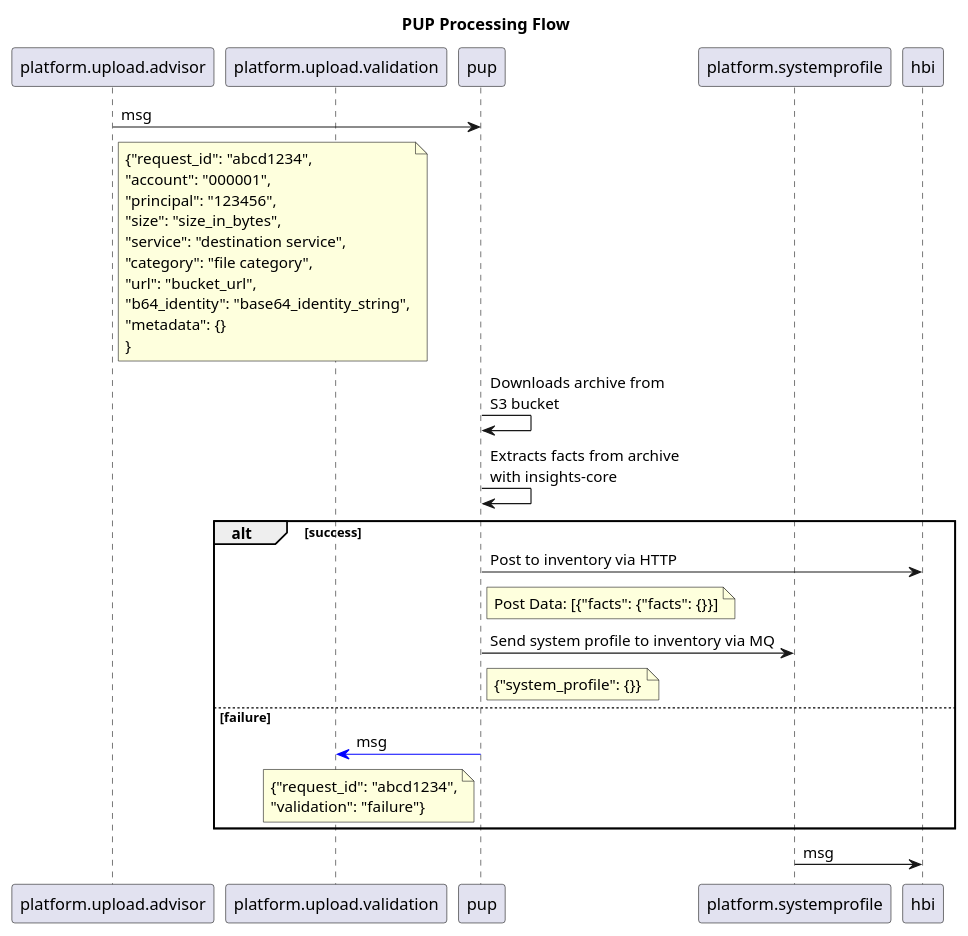
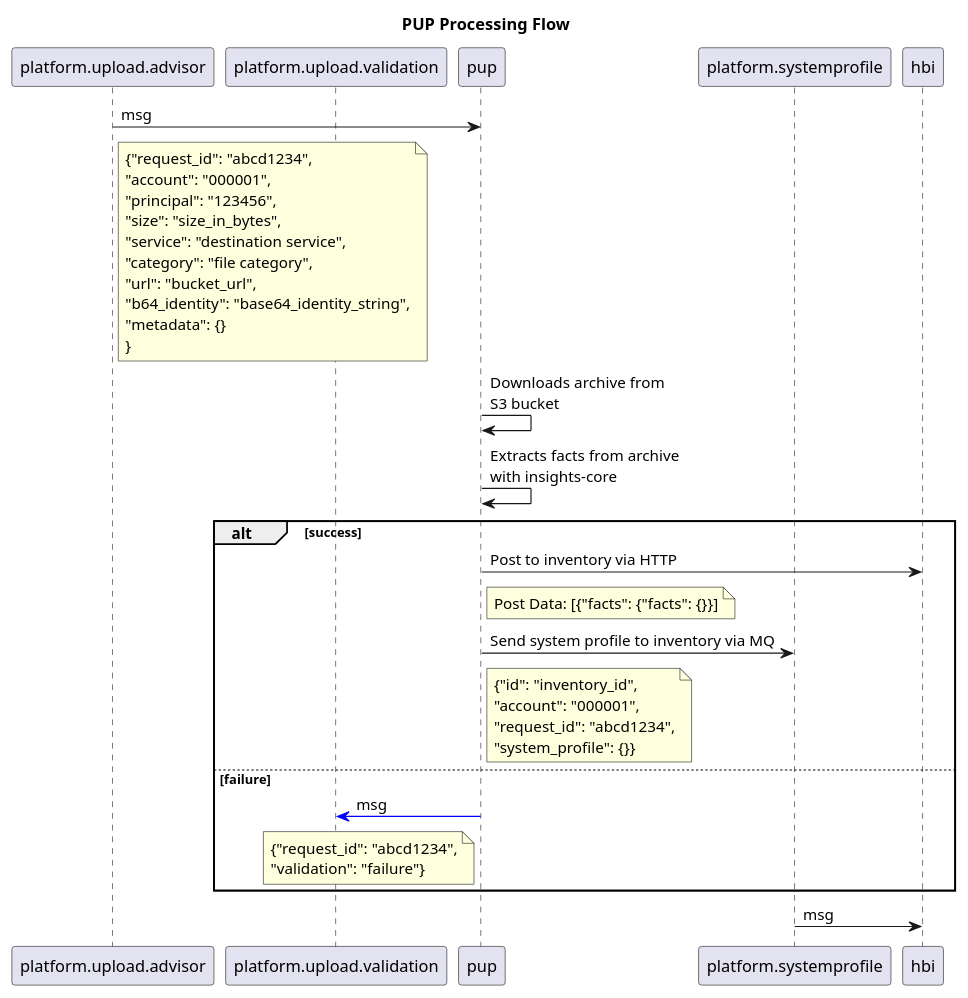
One commit to RedHatInsights/insights-pup changed the diagram in sequence.puml. Above: the diagram before and after it, drawn with PlantUML.

Commit message:
Fix json for systemprofile

```diff
--- a/sequence.puml
+++ b/sequence.puml
@@ -1,22 +1,22 @@
 @startuml
 title PUP Processing Flow
 participant platform.upload.advisor
 participant platform.upload.validation
 participant pup
 participant platform.systemprofile
 participant hbi
 platform.upload.advisor->pup: msg
 Note right of platform.upload.advisor: {"request_id": "abcd1234",\n"account": "000001",\n"principal": "123456",\n"size": "size_in_bytes",\n"service": "destination service",\n"category": "file category",\n"url": "bucket_url",\n"b64_identity": "base64_identity_string",\n"metadata": {}\n}
 pup->pup: Downloads archive from\nS3 bucket
 pup->pup: Extracts facts from archive\nwith insights-core
 alt success
     pup->hbi: Post to inventory via HTTP
     Note right of pup: Post Data: [{"facts": {"facts": {}}]
     pup->platform.systemprofile: Send system profile to inventory via MQ
-    Note right of pup: {"system_profile": {}}
+    Note right of pup: {"id": "inventory_id",\n"account": "000001",\n"request_id": "abcd1234",\n"system_profile": {}}
 else failure
     pup[#0000FF]->platform.upload.validation: msg
     Note left of pup: {"request_id": "abcd1234",\n"validation": "failure"}
 end
 platform.systemprofile->hbi: msg
 @enduml
```
